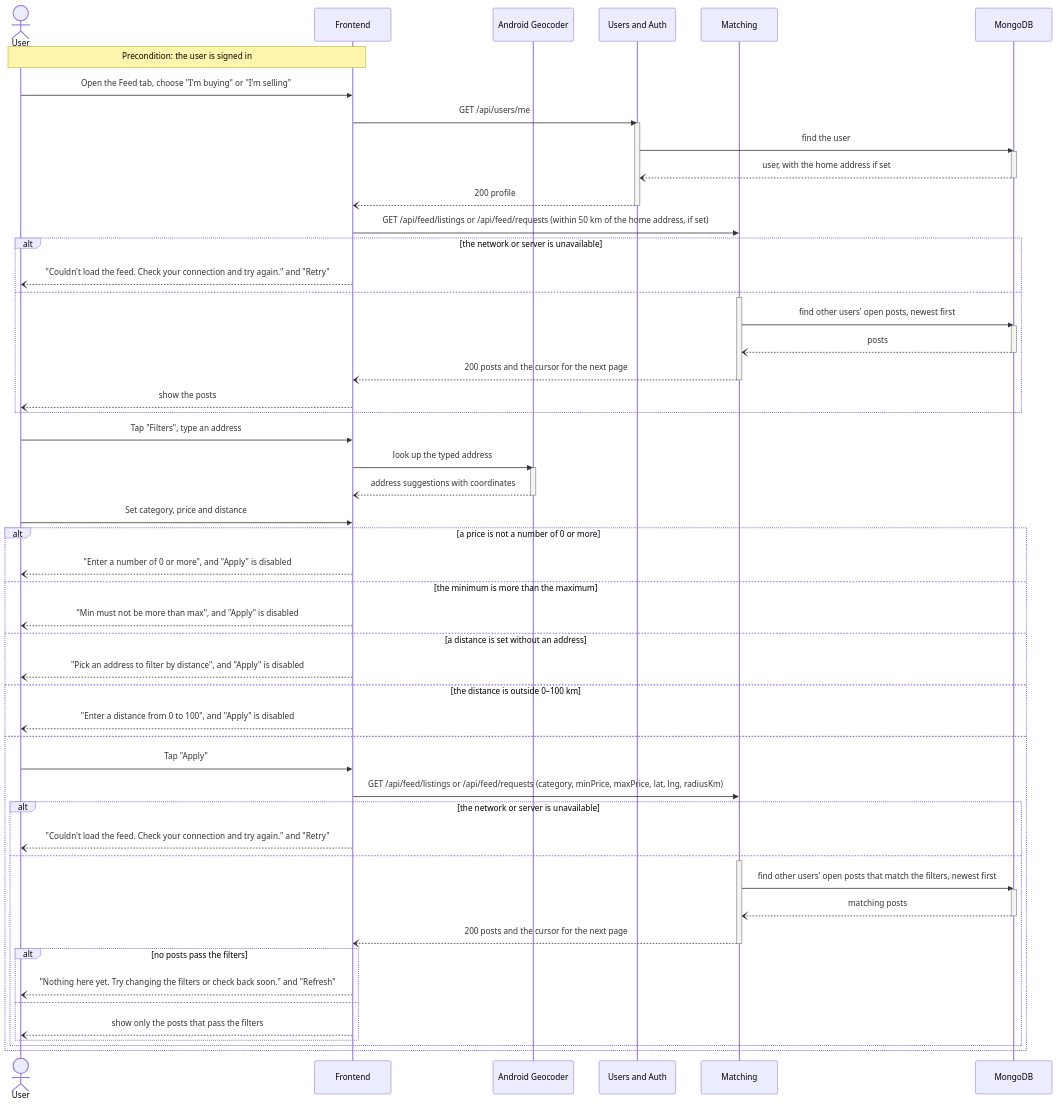
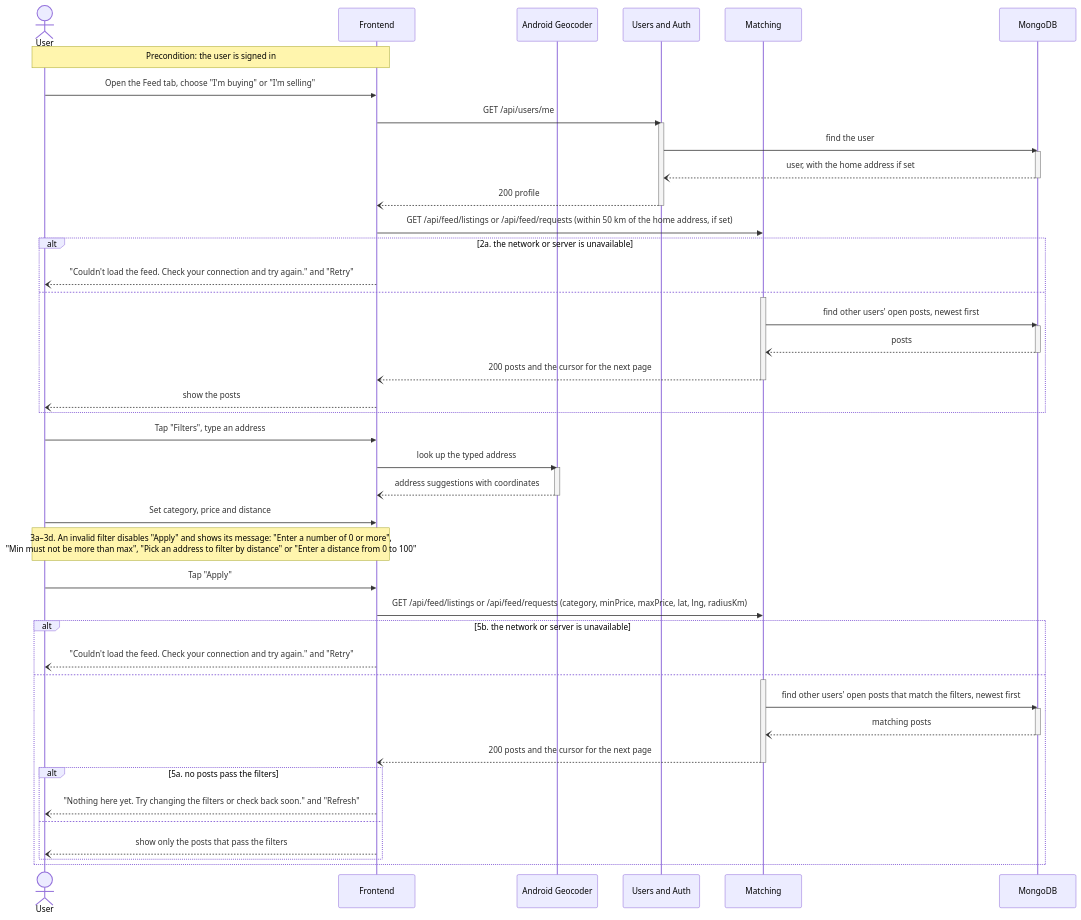
One commit to m1lun/MatchMarket changed the sixth of 6 diagrams in documentation/Requirements_and_Design.md. Above: the diagram before and after it, drawn with Mermaid. The commit also changed other lines of this file, not shown here.

Commit message:
docs: simplify the sequence diagrams and label each branch with its use case step

````diff
--- a/documentation/Requirements_and_Design.md
+++ b/documentation/Requirements_and_Design.md
@@ -774,66 +749,57 @@
 ```mermaid
 sequenceDiagram
     actor U as User
     participant FE as Frontend
     participant GEO as Android Geocoder
     participant UA as Users and Auth
     participant M as Matching
     participant DB as MongoDB
     Note over U,FE: Precondition: the user is signed in
     U->>FE: Open the Feed tab, choose "I'm buying" or "I'm selling"
     FE->>UA: GET /api/users/me
     activate UA
     UA->>DB: find the user
     activate DB
     DB--)UA: user, with the home address if set
     deactivate DB
     UA--)FE: 200 profile
     deactivate UA
     FE->>M: GET /api/feed/listings or /api/feed/requests (within 50 km of the home address, if set)
-    alt the network or server is unavailable
+    alt 2a. the network or server is unavailable
         FE--)U: "Couldn't load the feed. Check your connection and try again." and "Retry"
     else
         activate M
         M->>DB: find other users' open posts, newest first
         activate DB
         DB--)M: posts
         deactivate DB
         M--)FE: 200 posts and the cursor for the next page
         deactivate M
         FE--)U: show the posts
     end
     U->>FE: Tap "Filters", type an address
     FE->>GEO: look up the typed address
     activate GEO
     GEO--)FE: address suggestions with coordinates
     deactivate GEO
     U->>FE: Set category, price and distance
-    alt a price is not a number of 0 or more
-        FE--)U: "Enter a number of 0 or more", and "Apply" is disabled
-    else the minimum is more than the maximum
-        FE--)U: "Min must not be more than max", and "Apply" is disabled
-    else a distance is set without an address
-        FE--)U: "Pick an address to filter by distance", and "Apply" is disabled
-    else the distance is outside 0–100 km
-        FE--)U: "Enter a distance from 0 to 100", and "Apply" is disabled
+    Note over U,FE: 3a–3d. An invalid filter disables "Apply" and shows its message: "Enter a number of 0 or more",<br/>"Min must not be more than max", "Pick an address to filter by distance" or "Enter a distance from 0 to 100"
+    U->>FE: Tap "Apply"
+    FE->>M: GET /api/feed/listings or /api/feed/requests (category, minPrice, maxPrice, lat, lng, radiusKm)
+    alt 5b. the network or server is unavailable
+        FE--)U: "Couldn't load the feed. Check your connection and try again." and "Retry"
     else
-        U->>FE: Tap "Apply"
-        FE->>M: GET /api/feed/listings or /api/feed/requests (category, minPrice, maxPrice, lat, lng, radiusKm)
-        alt the network or server is unavailable
-            FE--)U: "Couldn't load the feed. Check your connection and try again." and "Retry"
+        activate M
+        M->>DB: find other users' open posts that match the filters, newest first
+        activate DB
+        DB--)M: matching posts
+        deactivate DB
+        M--)FE: 200 posts and the cursor for the next page
+        deactivate M
+        alt 5a. no posts pass the filters
+            FE--)U: "Nothing here yet. Try changing the filters or check back soon." and "Refresh"
         else
-            activate M
-            M->>DB: find other users' open posts that match the filters, newest first
-            activate DB
-            DB--)M: matching posts
-            deactivate DB
-            M--)FE: 200 posts and the cursor for the next page
-            deactivate M
-            alt no posts pass the filters
-                FE--)U: "Nothing here yet. Try changing the filters or check back soon." and "Refresh"
-            else
-                FE--)U: show only the posts that pass the filters
-            end
+            FE--)U: show only the posts that pass the filters
         end
     end
 ```
````
